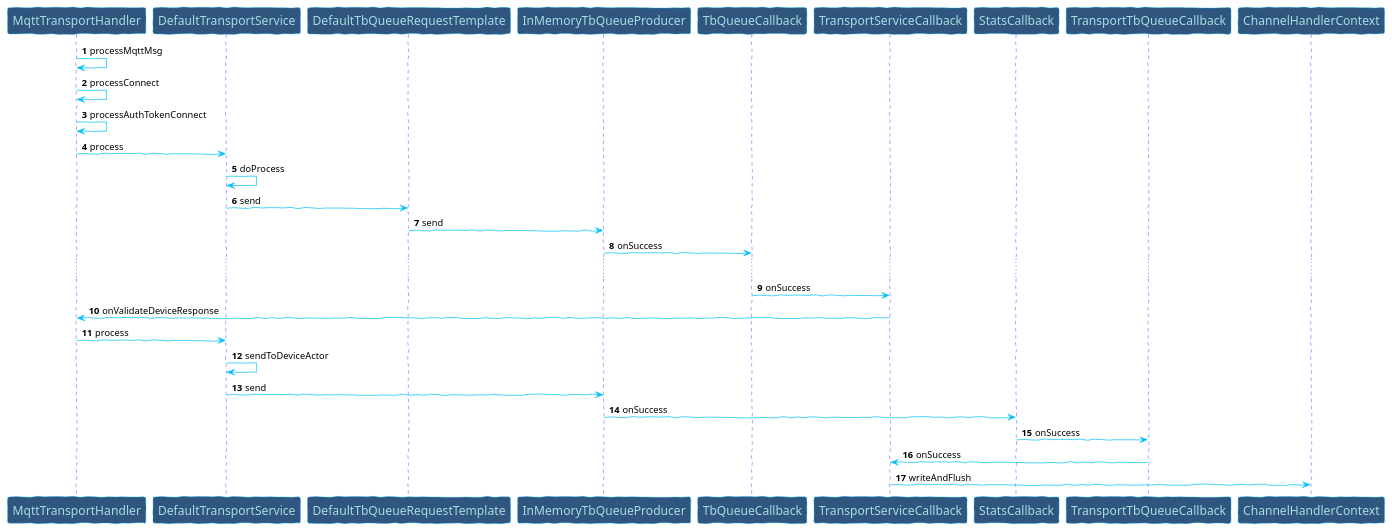
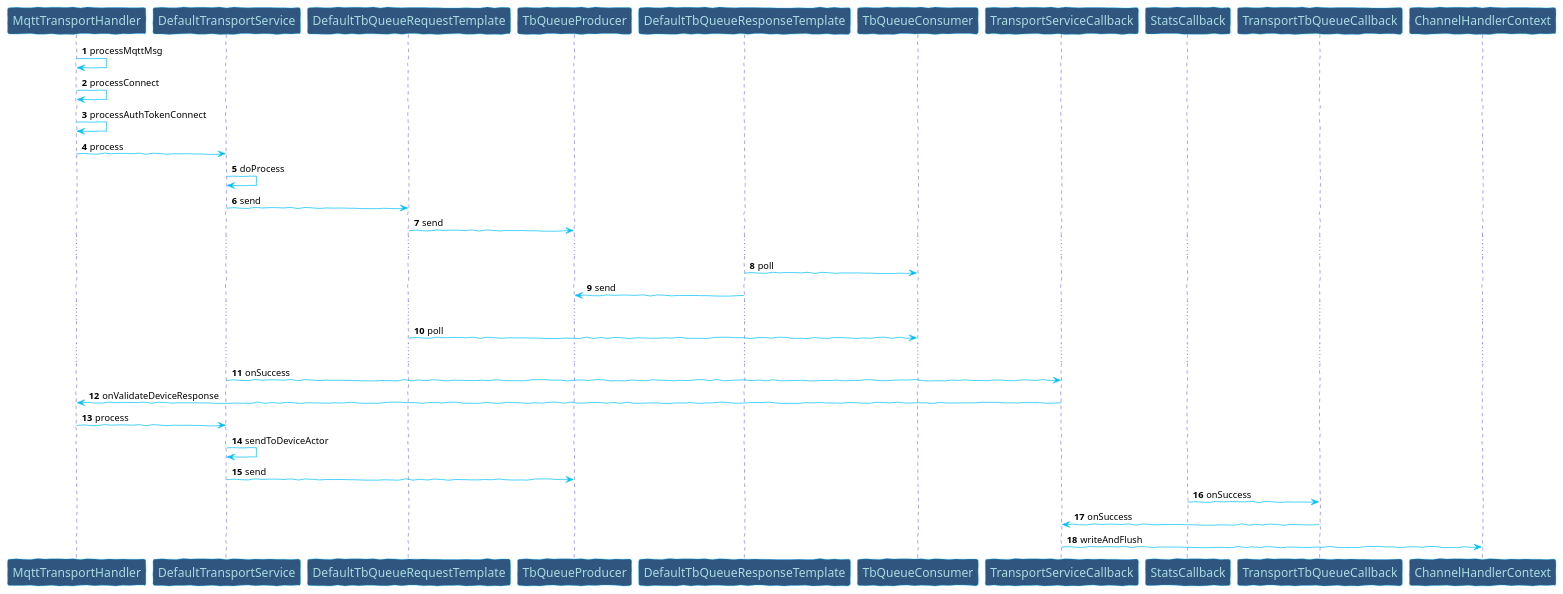
The diagram in file/uml/设备连接.puml (blackstar-baba/how-2-use-thingsboard), drawn with PlantUML before and after one commit. The commit also changed 7 other files, not shown here.

```diff
--- a/file/uml/设备连接.puml
+++ b/file/uml/设备连接.puml
@@ -1,62 +1,69 @@
 @startuml
 
 
 skinparam handwritten true
 
 skinparam sequence {
 ArrowColor DeepSkyBlue
 ActorBorderColor DeepSkyBlue
 LifeLineBorderColor blue
 LifeLineBackgroundColor #A9DCDF
 
 ParticipantBorderColor DeepSkyBlue
 ParticipantBackgroundColor #305680
 ParticipantFontName Impact
 ParticipantFontSize 17
 ParticipantFontColor #A9DCDF
 
 ActorBackgroundColor aqua
 ActorFontColor DeepSkyBlue
 ActorFontSize 17
 ActorFontName Aapex
 }
 
 autonumber
 
 
 MqttTransportHandler -> MqttTransportHandler: processMqttMsg
 MqttTransportHandler -> MqttTransportHandler: processConnect
 MqttTransportHandler -> MqttTransportHandler: processAuthTokenConnect
 MqttTransportHandler -> DefaultTransportService: process
 DefaultTransportService -> DefaultTransportService: doProcess
 DefaultTransportService -> DefaultTbQueueRequestTemplate: send
-DefaultTbQueueRequestTemplate -> InMemoryTbQueueProducer: send
-InMemoryTbQueueProducer -> TbQueueCallback: onSuccess
+DefaultTbQueueRequestTemplate -> TbQueueProducer: send
+' DefaultTbQueueRequestTemplate -> InMemoryTbQueueProducer: send
+' InMemoryTbQueueProducer -> TbQueueCallback: onSuccess
 ' DefaultTbQueueRequestTemplate -> TbKafkaProducerTemplate: send
 ' TbKafkaProducerTemplate -> KafkaProducer: send
 ...
-TbQueueCallback -> TransportServiceCallback: onSuccess
+DefaultTbQueueResponseTemplate -> TbQueueConsumer: poll
+DefaultTbQueueResponseTemplate -> TbQueueProducer: send
+...
+DefaultTbQueueRequestTemplate -> TbQueueConsumer: poll
+...
+DefaultTransportService -> TransportServiceCallback: onSuccess
 TransportServiceCallback -> MqttTransportHandler: onValidateDeviceResponse
 MqttTransportHandler -> DefaultTransportService: process
 DefaultTransportService -> DefaultTransportService: sendToDeviceActor
-DefaultTransportService -> InMemoryTbQueueProducer: send
-InMemoryTbQueueProducer -> StatsCallback: onSuccess
+' DefaultTransportService -> InMemoryTbQueueProducer: send
+' InMemoryTbQueueProducer -> StatsCallback: onSuccess
+DefaultTransportService -> TbQueueProducer: send
 StatsCallback -> TransportTbQueueCallback: onSuccess
 TransportTbQueueCallback -> TransportServiceCallback: onSuccess
 TransportServiceCallback -> ChannelHandlerContext: writeAndFlush
 
 ' Alice -> Bob: Authentication Request
 ' activate Bob
 ' Bob --> Alice: Authentication Response
 ' deactivate Bob
 ' Alice -> Bob: Another authentication Request
 ' Alice <-- Bob: another authentication Response
 
 ' Alice -> Bob: naxx
 ' Alice <-- Bob: naxx
 
 
 
 
 
 @enduml
```
